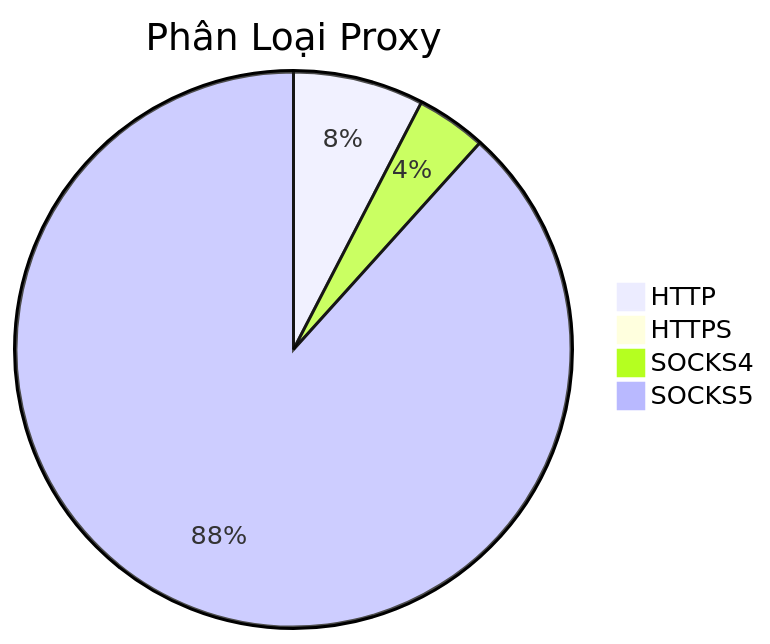
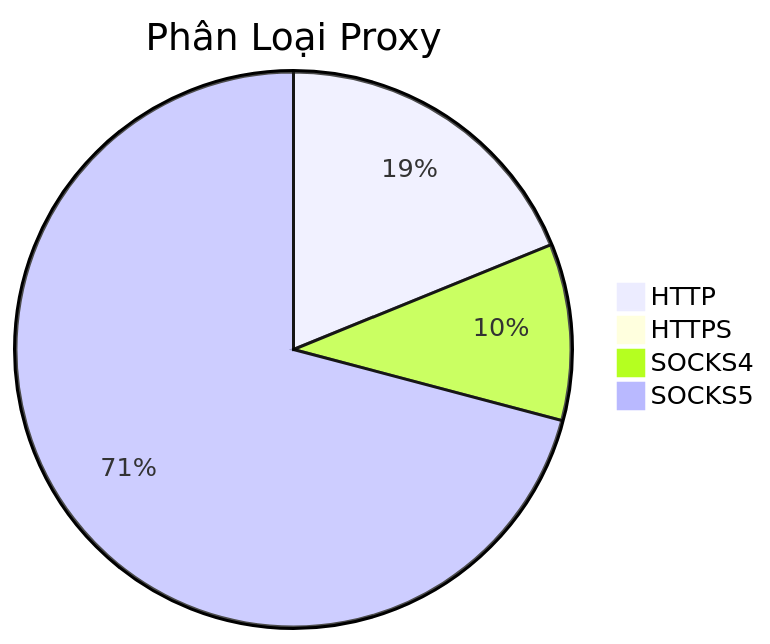
Before and after one commit to Ciara-Aa/PROXY-free: the diagram in README.md, drawn with Mermaid. The commit also changed other lines of this file and 4 other files, not shown here.

````diff
--- a/README.md
+++ b/README.md
@@ -26,7 +26,7 @@
 ```mermaid
 pie title Phân Loại Proxy
-    "HTTP" : 420
-    "HTTPS" : 1
-    "SOCKS4" : 225
-    "SOCKS5" : 4879
+    "HTTP" : 444
+    "HTTPS" : 2
+    "SOCKS4" : 242
+    "SOCKS5" : 1670
 ```
````
